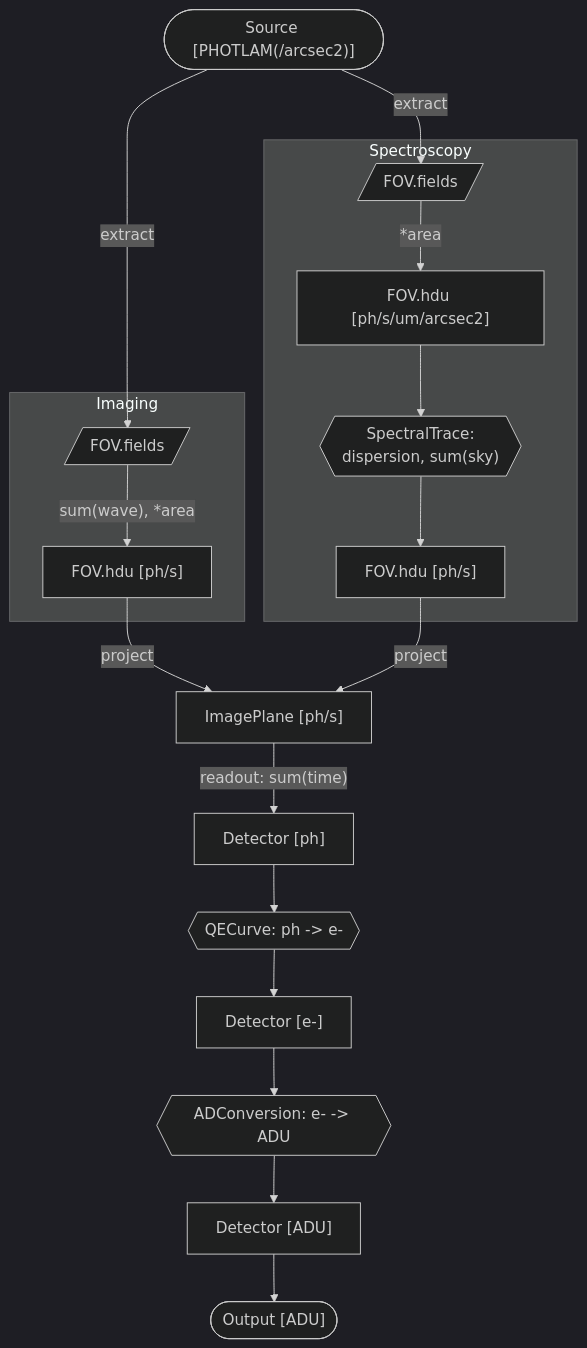
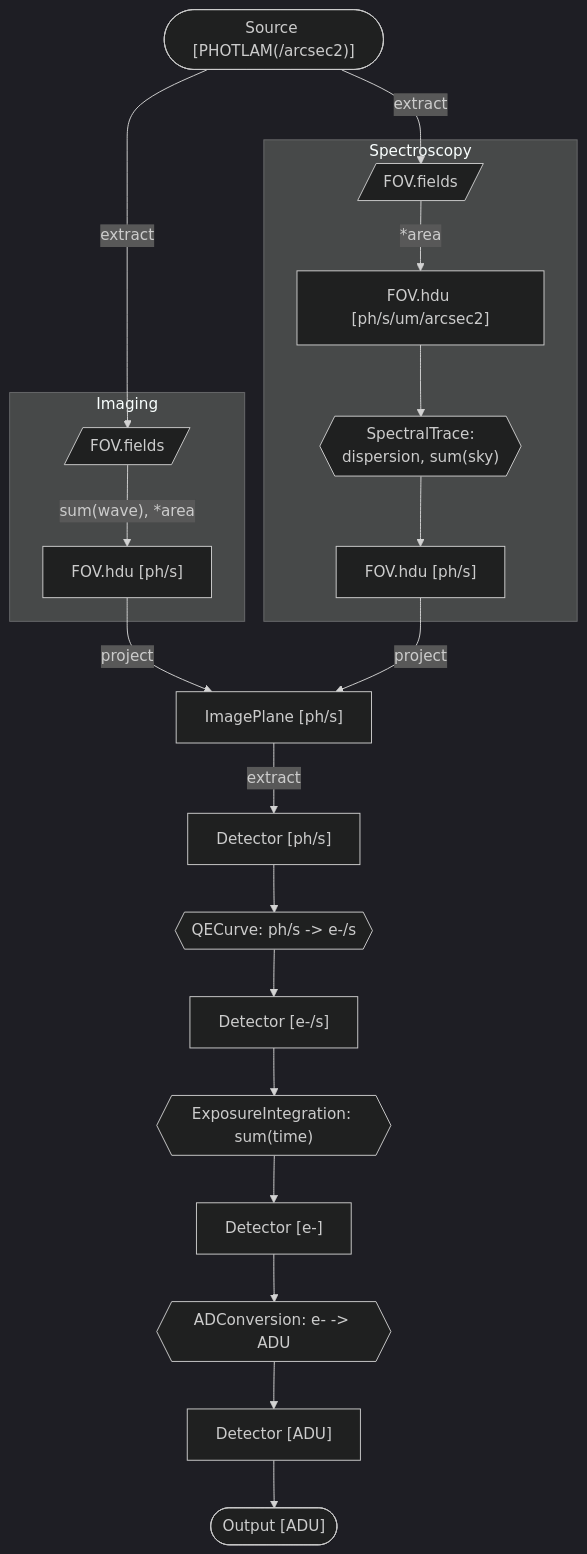
Before and after one commit to AstarVienna/ScopeSim: the diagram in docs/source/faqs/scopesim_units_flow.md, drawn with Mermaid.

Commit message:
Add ExposureIntegration, fix e-/s

````diff
--- a/docs/source/faqs/scopesim_units_flow.md
+++ b/docs/source/faqs/scopesim_units_flow.md
@@ -7,38 +7,42 @@
 ```{mermaid}
 %%{init: {"theme": "dark"} }%%
 flowchart TB
     Source(["Source [PHOTLAM(/arcsec2)]"])
     FOV1[/"FOV.fields"/]
     FOV2["FOV.hdu [ph/s]"]
     FOV3[/"FOV.fields"/]
     FOV4["FOV.hdu [ph/s/um/arcsec2]"]
     FOV5["FOV.hdu [ph/s]"]
     SPT{{"`SpectralTrace:
           dispersion, sum(sky)`"}}
     IMP["ImagePlane [ph/s]"]
-    Det1["Detector [ph]"]
-    QECurve{{"QECurve: ph -> e-"}}
-    Det2["Detector [e-]"]
+    Det1["Detector [ph/s]"]
+    QECurve{{"QECurve: ph/s -> e-/s"}}
+    Det2["Detector [e-/s]"]
+    SE{{"ExposureIntegration: sum(time)"}}
+    Det3["Detector [e-]"]
     ADC{{"ADConversion: e- -> ADU"}}
-    Det3["Detector [ADU]"]
+    Det4["Detector [ADU]"]
     Output(["Output [ADU]"])
 
     Source-- extract -->FOV1
     subgraph Imaging
         FOV1-- "sum(wave), *area" -->FOV2
     end
     Source-- extract -->FOV3
     subgraph Spectroscopy
         FOV3-- *area -->FOV4
         FOV4-->SPT
         SPT-->FOV5
     end
     FOV2-- project -->IMP
     FOV5-- project -->IMP
-    IMP-- "readout: sum(time)" -->Det1
+    IMP-- "extract" -->Det1
     Det1-->QECurve
     QECurve-->Det2
-    Det2-->ADC
-    ADC-->Det3
-    Det3-->Output
+    Det2-->SE
+    SE-->Det3
+    Det3-->ADC
+    ADC-->Det4
+    Det4-->Output
 ```
````
